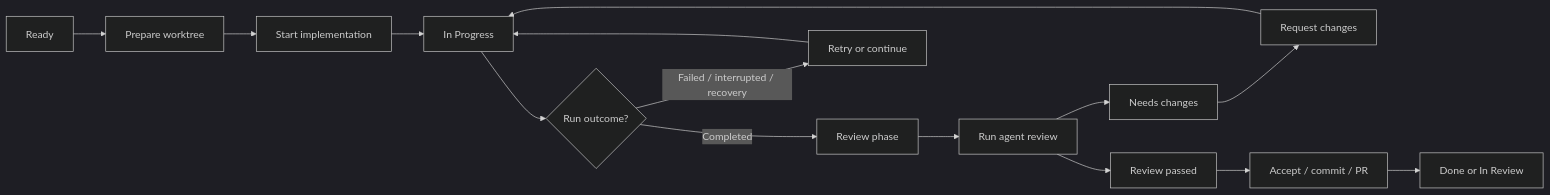
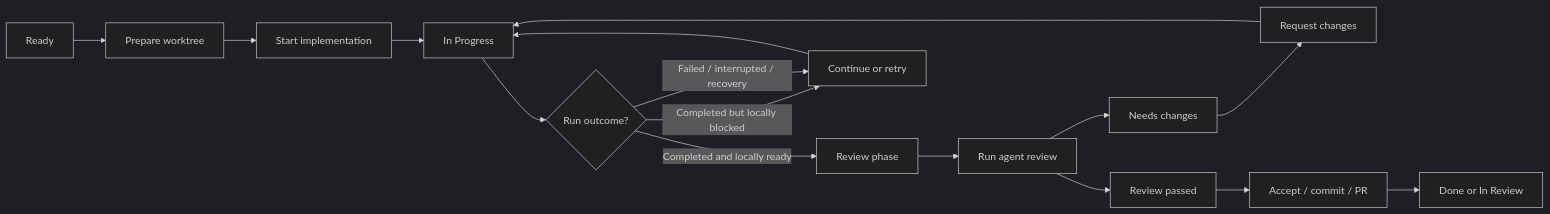
The diagram in docs/PRODUCT_WORKFLOW.md (RojhatToptamus/task-monki), drawn with Mermaid (dark theme) before and after one commit. The commit also changed other lines of this file and 347 other files, not shown here.

````diff
--- a/docs/PRODUCT_WORKFLOW.md
+++ b/docs/PRODUCT_WORKFLOW.md
@@ -243,17 +243,18 @@
 ```mermaid
 flowchart LR
   Ready["Ready"] --> Prepare["Prepare worktree"]
   Prepare --> Start["Start implementation"]
   Start --> Progress["In Progress"]
   Progress --> Terminal{"Run outcome?"}
-  Terminal -->|Completed| Review["Review phase"]
-  Terminal -->|Failed / interrupted / recovery| Retry["Retry or continue"]
-  Retry --> Progress
+  Terminal -->|Completed and locally ready| Review["Review phase"]
+  Terminal -->|Completed but locally blocked| Recover["Continue or retry"]
+  Terminal -->|Failed / interrupted / recovery| Recover
+  Recover --> Progress
   Review --> Gate["Run agent review"]
   Gate --> Passed["Review passed"]
   Gate --> Changes["Needs changes"]
   Changes --> FollowUp["Request changes"]
   FollowUp --> Progress
   Passed --> Accept["Accept / commit / PR"]
   Accept --> Done["Done or In Review"]
 ```
````
